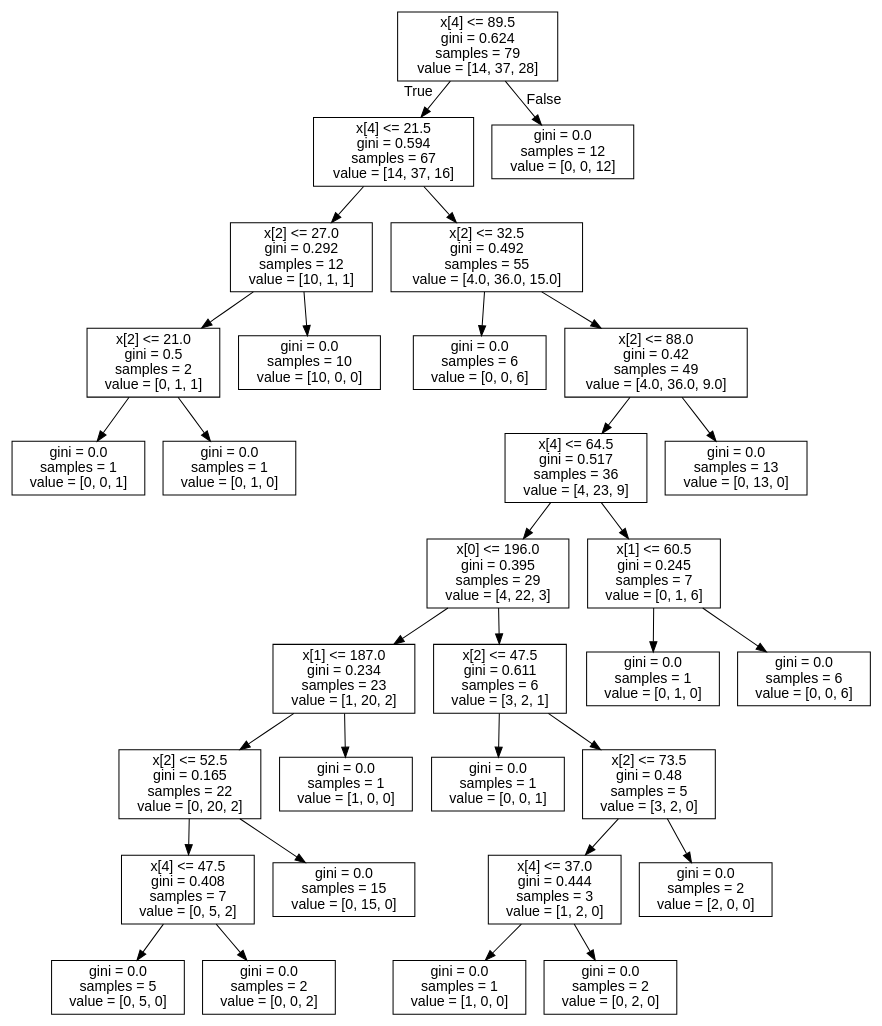
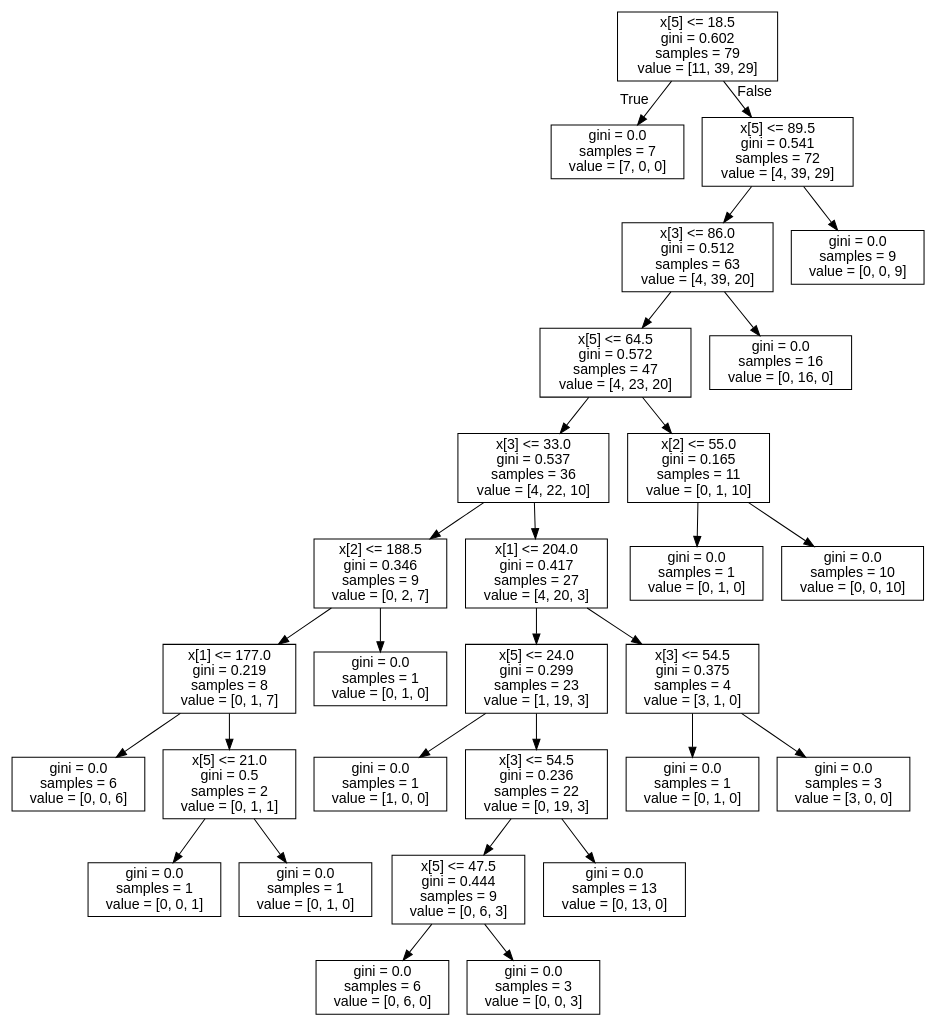
Before and after one commit to QingKong-s/Work3: the diagram in app/src/python/project_1/titanic.dot, drawn with Graphviz. The commit also changed 3 other files, not shown here.

```diff
--- a/app/src/python/project_1/titanic.dot
+++ b/app/src/python/project_1/titanic.dot
@@ -1,65 +1,61 @@
 digraph Tree {
 node [shape=box, fontname="helvetica"] ;
 edge [fontname="helvetica"] ;
-0 [label="x[4] <= 89.5\ngini = 0.624\nsamples = 79\nvalue = [14, 37, 28]"] ;
-1 [label="x[4] <= 21.5\ngini = 0.594\nsamples = 67\nvalue = [14, 37, 16]"] ;
+0 [label="x[5] <= 18.5\ngini = 0.602\nsamples = 79\nvalue = [11, 39, 29]"] ;
+1 [label="gini = 0.0\nsamples = 7\nvalue = [7, 0, 0]"] ;
 0 -> 1 [labeldistance=2.5, labelangle=45, headlabel="True"] ;
-2 [label="x[2] <= 27.0\ngini = 0.292\nsamples = 12\nvalue = [10, 1, 1]"] ;
-1 -> 2 ;
-3 [label="x[2] <= 21.0\ngini = 0.5\nsamples = 2\nvalue = [0, 1, 1]"] ;
+2 [label="x[5] <= 89.5\ngini = 0.541\nsamples = 72\nvalue = [4, 39, 29]"] ;
+0 -> 2 [labeldistance=2.5, labelangle=-45, headlabel="False"] ;
+3 [label="x[3] <= 86.0\ngini = 0.512\nsamples = 63\nvalue = [4, 39, 20]"] ;
 2 -> 3 ;
-4 [label="gini = 0.0\nsamples = 1\nvalue = [0, 0, 1]"] ;
+4 [label="x[5] <= 64.5\ngini = 0.572\nsamples = 47\nvalue = [4, 23, 20]"] ;
 3 -> 4 ;
-5 [label="gini = 0.0\nsamples = 1\nvalue = [0, 1, 0]"] ;
-3 -> 5 ;
-6 [label="gini = 0.0\nsamples = 10\nvalue = [10, 0, 0]"] ;
-2 -> 6 ;
-7 [label="x[2] <= 32.5\ngini = 0.492\nsamples = 55\nvalue = [4.0, 36.0, 15.0]"] ;
-1 -> 7 ;
+5 [label="x[3] <= 33.0\ngini = 0.537\nsamples = 36\nvalue = [4, 22, 10]"] ;
+4 -> 5 ;
+6 [label="x[2] <= 188.5\ngini = 0.346\nsamples = 9\nvalue = [0, 2, 7]"] ;
+5 -> 6 ;
+7 [label="x[1] <= 177.0\ngini = 0.219\nsamples = 8\nvalue = [0, 1, 7]"] ;
+6 -> 7 ;
 8 [label="gini = 0.0\nsamples = 6\nvalue = [0, 0, 6]"] ;
 7 -> 8 ;
-9 [label="x[2] <= 88.0\ngini = 0.42\nsamples = 49\nvalue = [4.0, 36.0, 9.0]"] ;
+9 [label="x[5] <= 21.0\ngini = 0.5\nsamples = 2\nvalue = [0, 1, 1]"] ;
 7 -> 9 ;
-10 [label="x[4] <= 64.5\ngini = 0.517\nsamples = 36\nvalue = [4, 23, 9]"] ;
+10 [label="gini = 0.0\nsamples = 1\nvalue = [0, 0, 1]"] ;
 9 -> 10 ;
-11 [label="x[0] <= 196.0\ngini = 0.395\nsamples = 29\nvalue = [4, 22, 3]"] ;
-10 -> 11 ;
-12 [label="x[1] <= 187.0\ngini = 0.234\nsamples = 23\nvalue = [1, 20, 2]"] ;
-11 -> 12 ;
-13 [label="x[2] <= 52.5\ngini = 0.165\nsamples = 22\nvalue = [0, 20, 2]"] ;
-12 -> 13 ;
-14 [label="x[4] <= 47.5\ngini = 0.408\nsamples = 7\nvalue = [0, 5, 2]"] ;
+11 [label="gini = 0.0\nsamples = 1\nvalue = [0, 1, 0]"] ;
+9 -> 11 ;
+12 [label="gini = 0.0\nsamples = 1\nvalue = [0, 1, 0]"] ;
+6 -> 12 ;
+13 [label="x[1] <= 204.0\ngini = 0.417\nsamples = 27\nvalue = [4, 20, 3]"] ;
+5 -> 13 ;
+14 [label="x[5] <= 24.0\ngini = 0.299\nsamples = 23\nvalue = [1, 19, 3]"] ;
 13 -> 14 ;
-15 [label="gini = 0.0\nsamples = 5\nvalue = [0, 5, 0]"] ;
+15 [label="gini = 0.0\nsamples = 1\nvalue = [1, 0, 0]"] ;
 14 -> 15 ;
-16 [label="gini = 0.0\nsamples = 2\nvalue = [0, 0, 2]"] ;
+16 [label="x[3] <= 54.5\ngini = 0.236\nsamples = 22\nvalue = [0, 19, 3]"] ;
 14 -> 16 ;
-17 [label="gini = 0.0\nsamples = 15\nvalue = [0, 15, 0]"] ;
-13 -> 17 ;
-18 [label="gini = 0.0\nsamples = 1\nvalue = [1, 0, 0]"] ;
-12 -> 18 ;
-19 [label="x[2] <= 47.5\ngini = 0.611\nsamples = 6\nvalue = [3, 2, 1]"] ;
-11 -> 19 ;
-20 [label="gini = 0.0\nsamples = 1\nvalue = [0, 0, 1]"] ;
-19 -> 20 ;
-21 [label="x[2] <= 73.5\ngini = 0.48\nsamples = 5\nvalue = [3, 2, 0]"] ;
-19 -> 21 ;
-22 [label="x[4] <= 37.0\ngini = 0.444\nsamples = 3\nvalue = [1, 2, 0]"] ;
+17 [label="x[5] <= 47.5\ngini = 0.444\nsamples = 9\nvalue = [0, 6, 3]"] ;
+16 -> 17 ;
+18 [label="gini = 0.0\nsamples = 6\nvalue = [0, 6, 0]"] ;
+17 -> 18 ;
+19 [label="gini = 0.0\nsamples = 3\nvalue = [0, 0, 3]"] ;
+17 -> 19 ;
+20 [label="gini = 0.0\nsamples = 13\nvalue = [0, 13, 0]"] ;
+16 -> 20 ;
+21 [label="x[3] <= 54.5\ngini = 0.375\nsamples = 4\nvalue = [3, 1, 0]"] ;
+13 -> 21 ;
+22 [label="gini = 0.0\nsamples = 1\nvalue = [0, 1, 0]"] ;
 21 -> 22 ;
-23 [label="gini = 0.0\nsamples = 1\nvalue = [1, 0, 0]"] ;
-22 -> 23 ;
-24 [label="gini = 0.0\nsamples = 2\nvalue = [0, 2, 0]"] ;
-22 -> 24 ;
-25 [label="gini = 0.0\nsamples = 2\nvalue = [2, 0, 0]"] ;
-21 -> 25 ;
-26 [label="x[1] <= 60.5\ngini = 0.245\nsamples = 7\nvalue = [0, 1, 6]"] ;
-10 -> 26 ;
-27 [label="gini = 0.0\nsamples = 1\nvalue = [0, 1, 0]"] ;
-26 -> 27 ;
-28 [label="gini = 0.0\nsamples = 6\nvalue = [0, 0, 6]"] ;
-26 -> 28 ;
-29 [label="gini = 0.0\nsamples = 13\nvalue = [0, 13, 0]"] ;
-9 -> 29 ;
-30 [label="gini = 0.0\nsamples = 12\nvalue = [0, 0, 12]"] ;
-0 -> 30 [labeldistance=2.5, labelangle=-45, headlabel="False"] ;
+23 [label="gini = 0.0\nsamples = 3\nvalue = [3, 0, 0]"] ;
+21 -> 23 ;
+24 [label="x[2] <= 55.0\ngini = 0.165\nsamples = 11\nvalue = [0, 1, 10]"] ;
+4 -> 24 ;
+25 [label="gini = 0.0\nsamples = 1\nvalue = [0, 1, 0]"] ;
+24 -> 25 ;
+26 [label="gini = 0.0\nsamples = 10\nvalue = [0, 0, 10]"] ;
+24 -> 26 ;
+27 [label="gini = 0.0\nsamples = 16\nvalue = [0, 16, 0]"] ;
+3 -> 27 ;
+28 [label="gini = 0.0\nsamples = 9\nvalue = [0, 0, 9]"] ;
+2 -> 28 ;
 }
```
